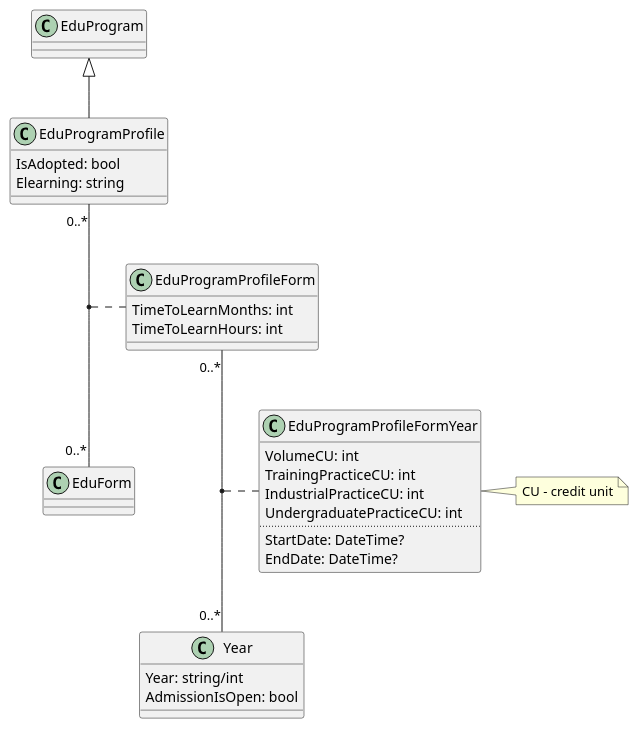
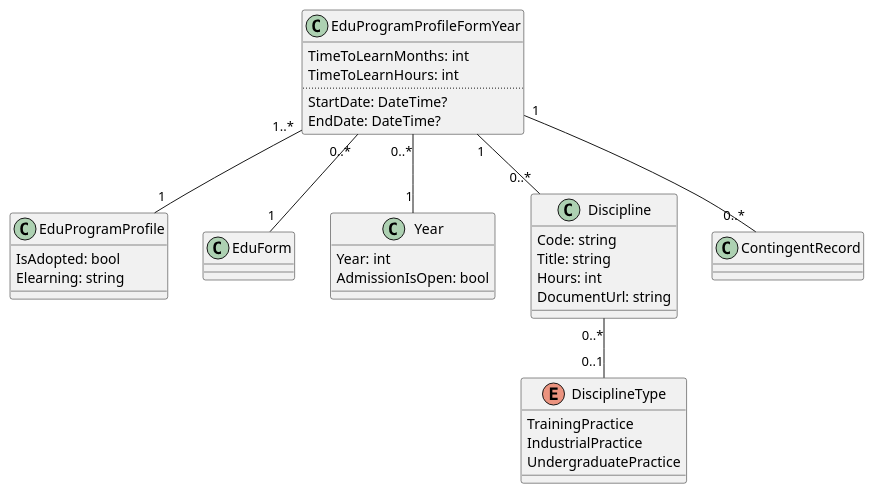
One commit to r7-labs/R7.University changed the diagram in doc/EduProgramVolume.puml. Above: the diagram before and after it, drawn with PlantUML. The commit also changed 1 other file, not shown here.

Commit message:
Revamp EduProgramVolume and Contingent diagrams

```diff
--- a/doc/EduProgramVolume.puml
+++ b/doc/EduProgramVolume.puml
@@ -1,38 +1,42 @@
 @startuml Volume of educational program
 
-EduProgram <|-- EduProgramProfile
+EduProgramProfileFormYear "1..*" -- "1" EduProgramProfile
+EduProgramProfileFormYear "0..*" -- "1" EduForm
+EduProgramProfileFormYear "0..*" -- "1" Year
+EduProgramProfileFormYear "1" -- "0..*" Discipline
+Discipline "0..*" -- "0..1" DisciplineType
 
-EduProgramProfile "0..*" -- "0..*" EduForm
-(EduProgramProfile, EduForm) .. EduProgramProfileForm
-
-EduProgramProfileForm "0..*" -- "0..*" Year
-(EduProgramProfileForm, Year) .. EduProgramProfileFormYear
+EduProgramProfileFormYear "1" -- "0..*" ContingentRecord
 
 class EduProgramProfile {
     IsAdopted: bool
     Elearning: string
 }
- 
+
 class Year {
-    Year: string/int
+    Year: int
     AdmissionIsOpen: bool
 }
 
-class EduProgramProfileForm {
+class EduProgramProfileFormYear {
     TimeToLearnMonths: int
     TimeToLearnHours: int
-}
-
-class EduProgramProfileFormYear {
-    VolumeCU: int
-    TrainingPracticeCU: int
-    IndustrialPracticeCU: int
-    UndergraduatePracticeCU: int
     ..
     StartDate: DateTime?
     EndDate: DateTime?
 }
 
-note right: CU - credit unit
+class Discipline {
+    Code: string
+    Title: string
+    Hours: int
+    DocumentUrl: string
+}
+
+enum DisciplineType {
+    TrainingPractice
+    IndustrialPractice
+    UndergraduatePractice
+}
 
 @enduml
```
